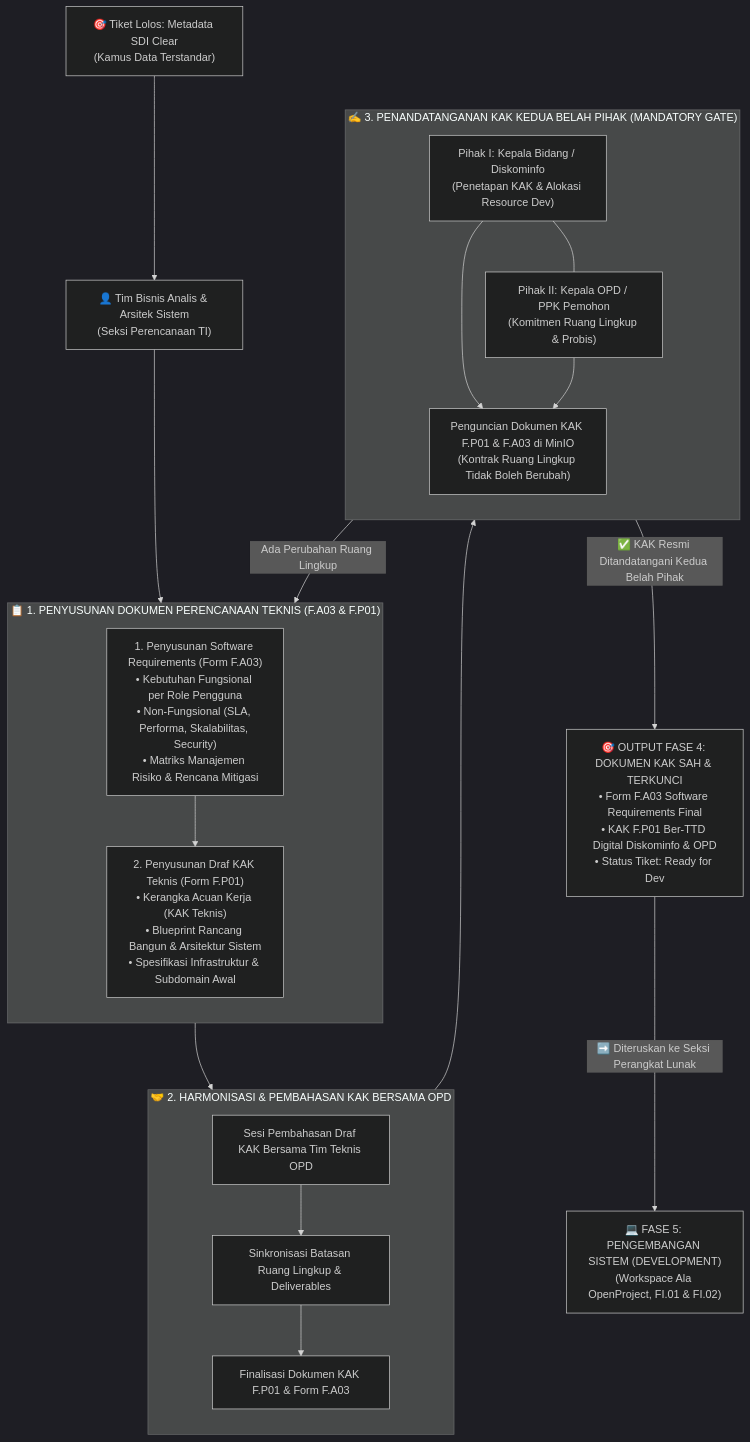
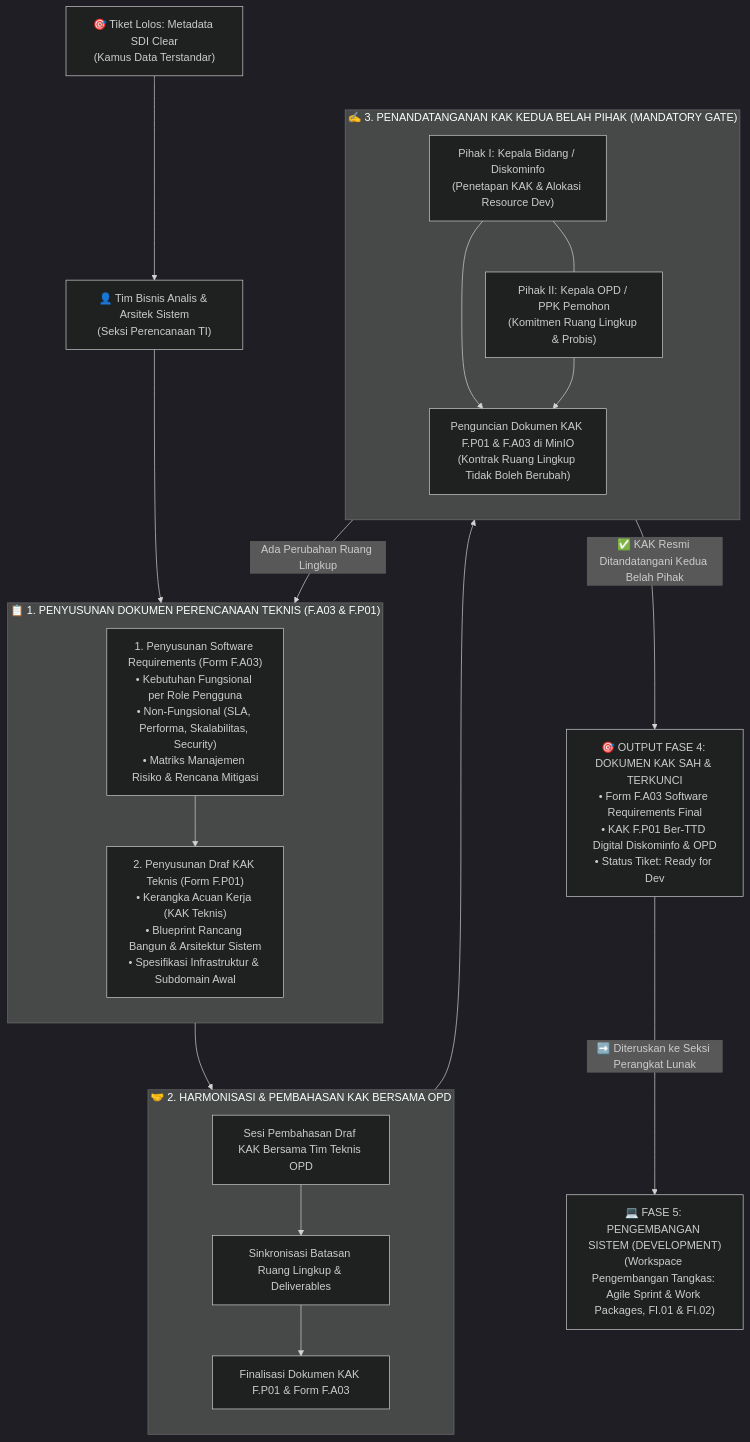
Before and after one commit to bimasulistyaw-hash/mpti: the fourth of 10 diagrams in Blueprint.md, drawn with Mermaid (dark theme). The commit also changed other lines of this file, not shown here.

Commit message:
refactor(blueprint): ganti terminologi OpenProject menjadi Workspace Pengembangan Tangkas (Agile Sprint & Work Packages)

````diff
--- a/Blueprint.md
+++ b/Blueprint.md
@@ -247,44 +247,44 @@
   ```mermaid
   flowchart TD
       InFase4["🎯 Tiket Lolos: Metadata SDI Clear<br/>(Kamus Data Terstandar)"] --> TimAnalisKebutuhan["👤 Tim Bisnis Analis & Arsitek Sistem<br/>(Seksi Perencanaan TI)"]
       
       TimAnalisKebutuhan --> AnalisisTeknis
       
       subgraph AnalisisTeknis ["📋 1. PENYUSUNAN DOKUMEN PERENCANAAN TEKNIS (F.A03 & F.P01)"]
           direction TB
           AN1["1. Penyusunan Software Requirements (Form F.A03)<br/>• Kebutuhan Fungsional per Role Pengguna<br/>• Non-Fungsional (SLA, Performa, Skalabilitas, Security)<br/>• Matriks Manajemen Risiko & Rencana Mitigasi"]
           AN2["2. Penyusunan Draf KAK Teknis (Form F.P01)<br/>• Kerangka Acuan Kerja (KAK Teknis)<br/>• Blueprint Rancang Bangun & Arsitektur Sistem<br/>• Spesifikasi Infrastruktur & Subdomain Awal"]
           
           AN1 --> AN2
       end
       
       AnalisisTeknis --> KAKReview
       
       subgraph KAKReview ["🤝 2. HARMONISASI & PEMBAHASAN KAK BERSAMA OPD"]
           direction TB
           REV1["Sesi Pembahasan Draf KAK Bersama Tim Teknis OPD"]
           REV2["Sinkronisasi Batasan Ruang Lingkup & Deliverables"]
           REV3["Finalisasi Dokumen KAK F.P01 & Form F.A03"]
           
           REV1 --> REV2 --> REV3
       end
       
       KAKReview --> KAKSigning
       
       subgraph KAKSigning ["✍️ 3. PENANDATANGANAN KAK KEDUA BELAH PIHAK (MANDATORY GATE)"]
           direction TB
           SIGN1["Pihak I: Kepala Bidang / Diskominfo<br/>(Penetapan KAK & Alokasi Resource Dev)"]
           SIGN2["Pihak II: Kepala OPD / PPK Pemohon<br/>(Komitmen Ruang Lingkup & Probis)"]
           LOCK["Penguncian Dokumen KAK F.P01 & F.A03 di MinIO<br/>(Kontrak Ruang Lingkup Tidak Boleh Berubah)"]
           
           SIGN1 --- SIGN2
           SIGN1 --> LOCK
           SIGN2 --> LOCK
       end
       
       LOCK -- "Ada Perubahan Ruang Lingkup" --> AnalisisTeknis
       
       LOCK -->|"✅ KAK Resmi Ditandatangani Kedua Belah Pihak"| OutFase4["🎯 OUTPUT FASE 4: DOKUMEN KAK SAH & TERKUNCI<br/>• Form F.A03 Software Requirements Final<br/>• KAK F.P01 Ber-TTD Digital Diskominfo & OPD<br/>• Status Tiket: Ready for Dev"]
       
-      OutFase4 -->|"➡️ Diteruskan ke Seksi Perangkat Lunak"| NextFase5["💻 FASE 5: PENGEMBANGAN SISTEM (DEVELOPMENT)<br/>(Workspace Ala OpenProject, FI.01 & FI.02)"]
+      OutFase4 -->|"➡️ Diteruskan ke Seksi Perangkat Lunak"| NextFase5["💻 FASE 5: PENGEMBANGAN SISTEM (DEVELOPMENT)<br/>(Workspace Pengembangan Tangkas: Agile Sprint & Work Packages, FI.01 & FI.02)"]
   ```
````
